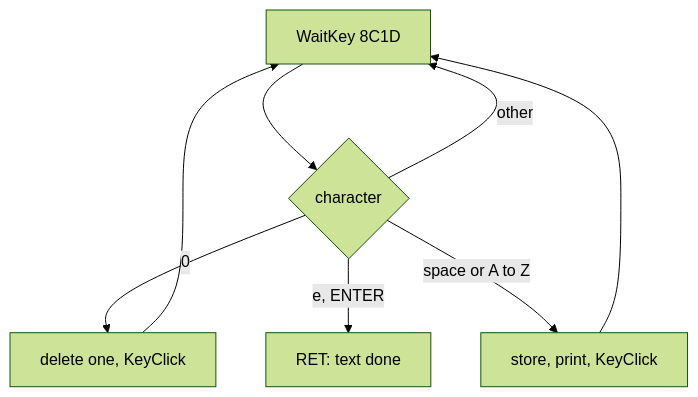
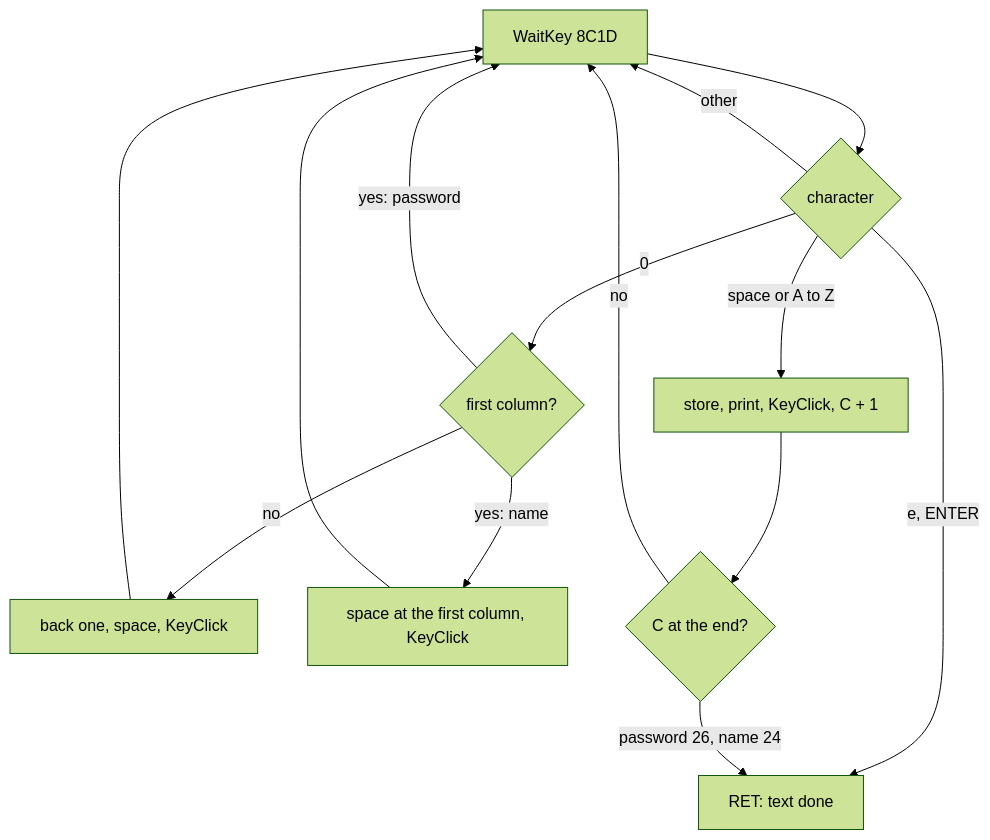
The eighth of 8 diagrams in games/earth-shaker/docs/05-controls.md (alfishe/unrealng-reverse-cases), drawn with Mermaid (forest theme) before and after one commit. The commit also changed other lines of this file and 52 other files, not shown here.

Commit message:
Earth Shaker: review round 1 fixes (jelly bean, stack depth, menu flow, DigInPlace sound, teleport-599 bug, witness counts recounted, bright quarters)

````diff
--- a/games/earth-shaker/docs/05-controls.md
+++ b/games/earth-shaker/docs/05-controls.md
@@ -907,8 +933,13 @@
 ```mermaid
 flowchart TD
     A["WaitKey 8C1D"] --> B{"character"}
-    B -- "0" --> C["delete one, KeyClick"] --> A
+    B -- "0" --> C{"first column?"}
+    C -- "no" --> C1["back one, space, KeyClick"] --> A
+    C -- "yes: password" --> A
+    C -- "yes: name" --> C2["space at the first column, KeyClick"] --> A
     B -- "e, ENTER" --> D["RET: text done"]
-    B -- "space or A to Z" --> E["store, print, KeyClick"] --> A
+    B -- "space or A to Z" --> E["store, print, KeyClick, C + 1"] --> F{"C at the end?"}
+    F -- "no" --> A
+    F -- "password 26, name 24" --> D
     B -- "other" --> A
 ```
````
